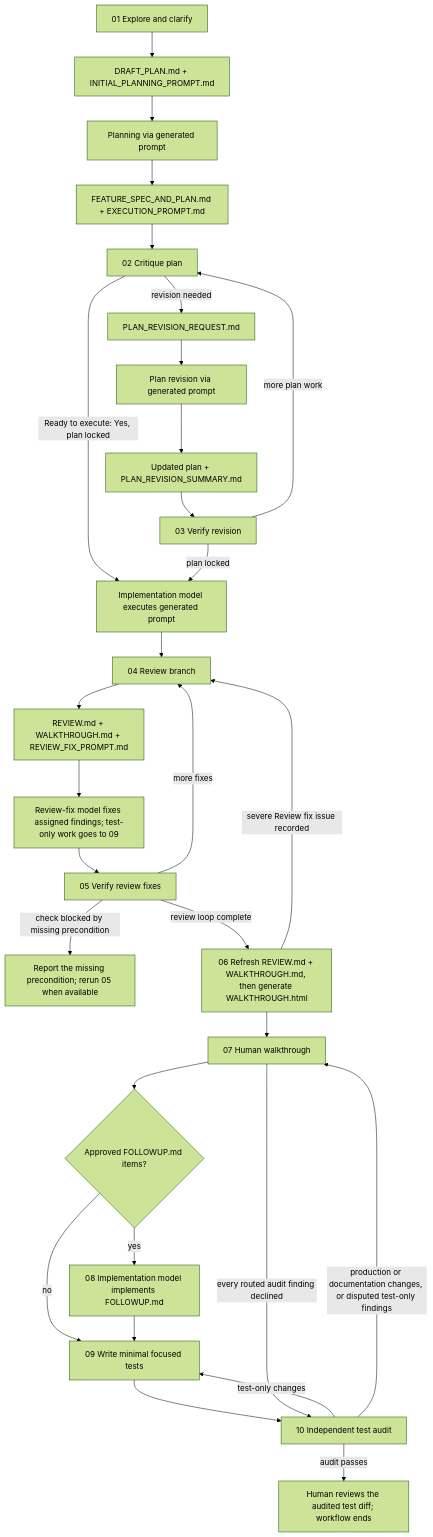
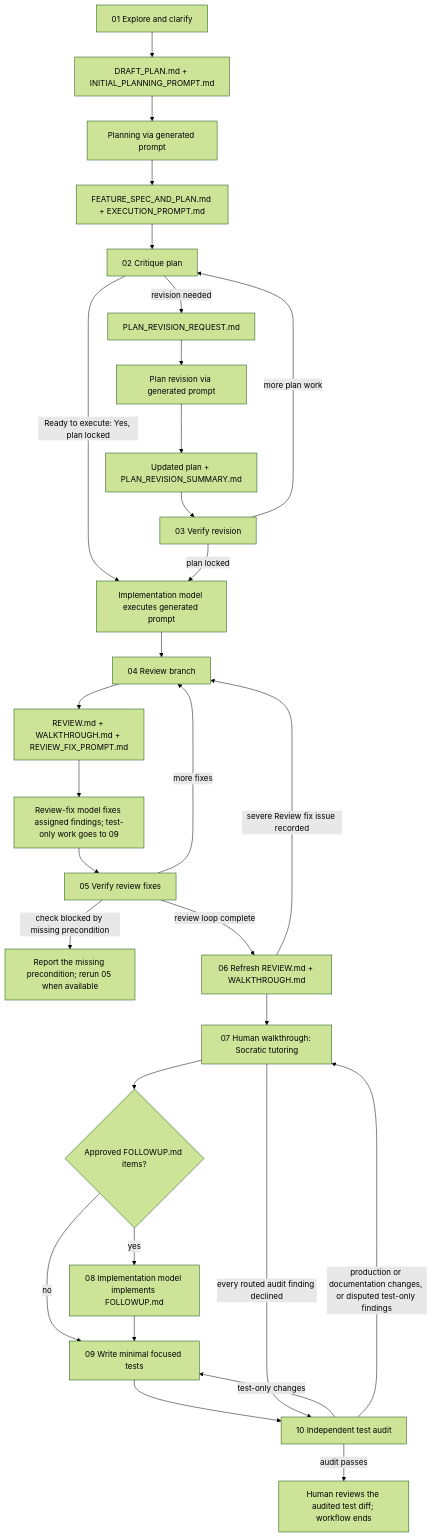
The diagram in README.md (viseshrp/ai-coding-workflow), drawn with Mermaid (forest theme) before and after one commit. The commit also changed other lines of this file and 8 other files, not shown here.

First line of the commit message:
Teach the PR in human review and drop WALKTHROUGH.html

````diff
--- a/README.md
+++ b/README.md
@@ -9,32 +9,32 @@
 ```mermaid
 flowchart TD
     A["01 Explore and clarify"] --> B["DRAFT_PLAN.md + INITIAL_PLANNING_PROMPT.md"]
     B --> C["Planning via generated prompt"]
     C --> D["FEATURE_SPEC_AND_PLAN.md + EXECUTION_PROMPT.md"]
     D --> E["02 Critique plan"]
     E -- "revision needed" --> F["PLAN_REVISION_REQUEST.md"]
     E -- "Ready to execute: Yes, plan locked" --> J
     F --> G["Plan revision via generated prompt"]
     G --> H["Updated plan + PLAN_REVISION_SUMMARY.md"]
     H --> I["03 Verify revision"]
     I -- "more plan work" --> E
     I -- "plan locked" --> J["Implementation model executes generated prompt"]
     J --> K["04 Review branch"]
     K --> L["REVIEW.md + WALKTHROUGH.md + REVIEW_FIX_PROMPT.md"]
     L --> M["Review-fix model fixes assigned findings; test-only work goes to 09"]
     M --> N["05 Verify review fixes"]
     N -- "more fixes" --> K
     N -- "check blocked by missing precondition" --> V["Report the missing precondition; rerun 05 when available"]
-    N -- "review loop complete" --> O["06 Refresh REVIEW.md + WALKTHROUGH.md, then generate WALKTHROUGH.html"]
+    N -- "review loop complete" --> O["06 Refresh REVIEW.md + WALKTHROUGH.md"]
     O -- "severe Review fix issue recorded" --> K
-    O --> P["07 Human walkthrough"]
+    O --> P["07 Human walkthrough: Socratic tutoring"]
     P --> Q{"Approved FOLLOWUP.md items?"}
     Q -- "yes" --> R["08 Implementation model implements FOLLOWUP.md"]
     Q -- "no" --> S["09 Write minimal focused tests"]
     R --> S
     S --> T["10 Independent test audit"]
     T -- "test-only changes" --> S
     T -- "production or documentation changes, or disputed test-only findings" --> P
     P -- "every routed audit finding declined" --> T
     T -- "audit passes" --> U["Human reviews the audited test diff; workflow ends"]
 ```
````
